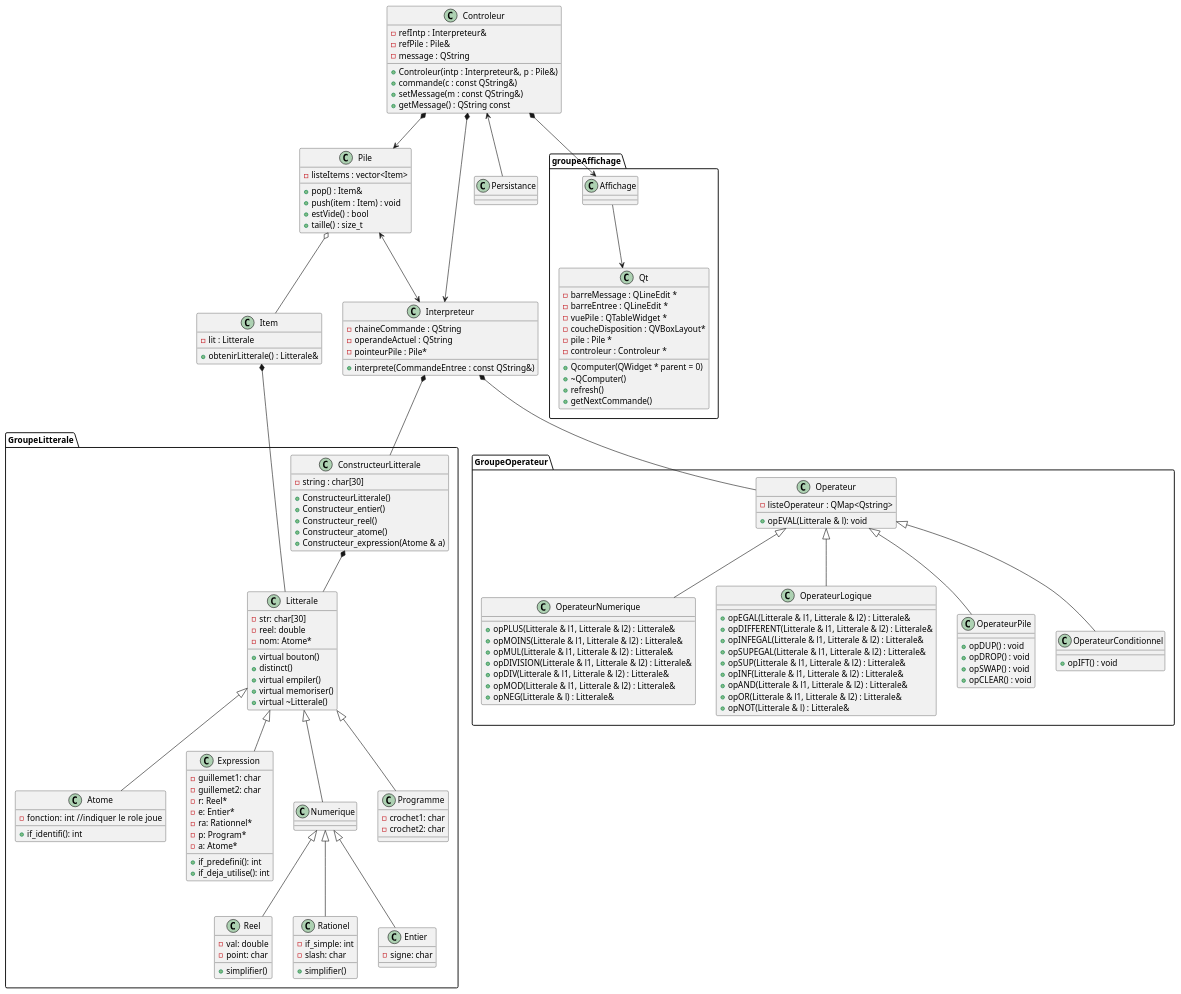
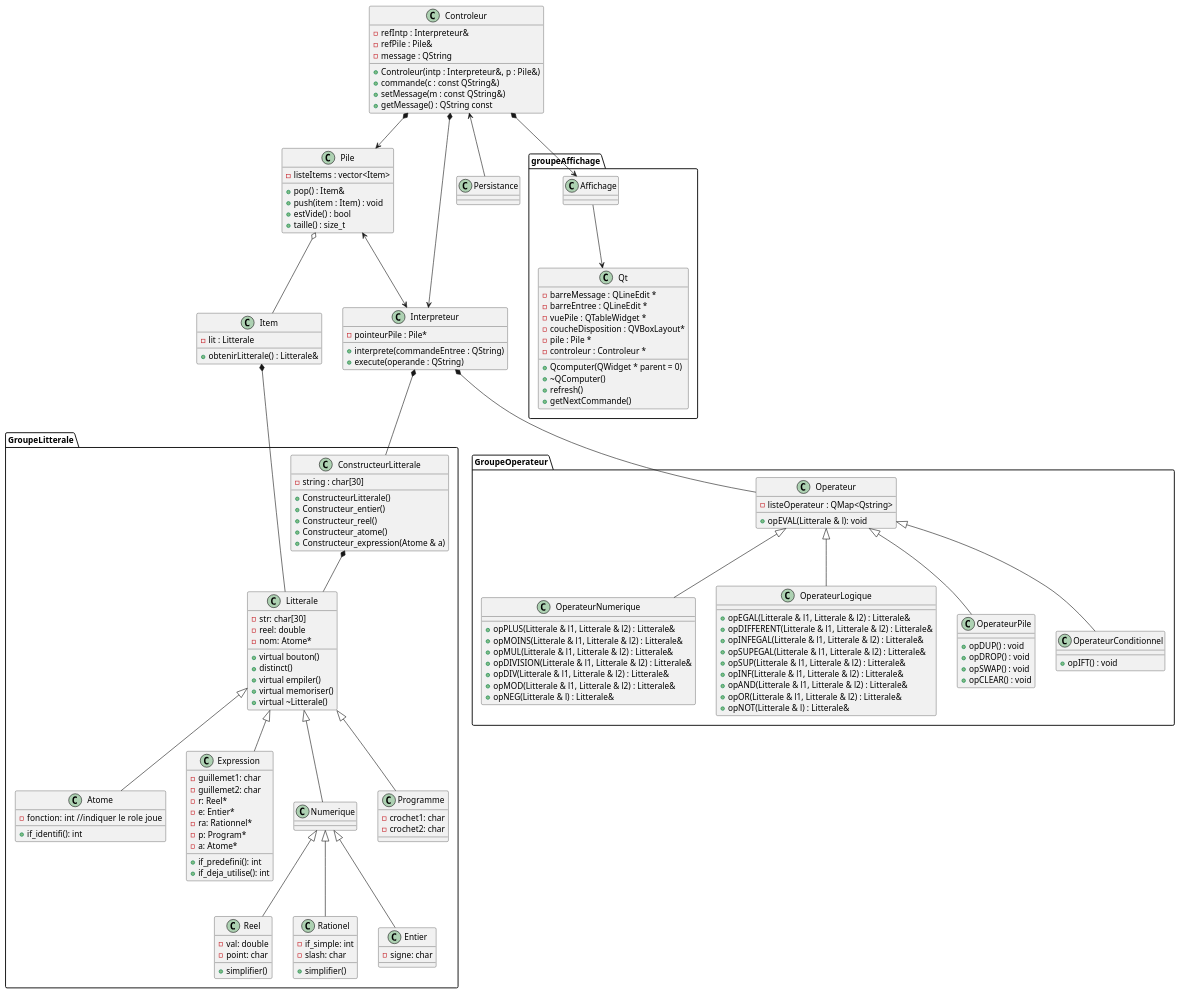
Before and after one commit to LouisJeanneau/LO21-Projet-CompUT: the diagram in UML.puml, drawn with PlantUML. The commit also changed 2 other files, not shown here.

```diff
--- a/UML.puml
+++ b/UML.puml
@@ -140,10 +140,9 @@
 }
 
 Class Interpreteur{
-    -chaineCommande : QString
-    -operandeActuel : QString
     -pointeurPile : Pile*
-    +interprete(CommandeEntree : const QString&)
+    +interprete(commandeEntree : QString)
+    +execute(operande : QString)
 }
 
 Class Controleur{
```
